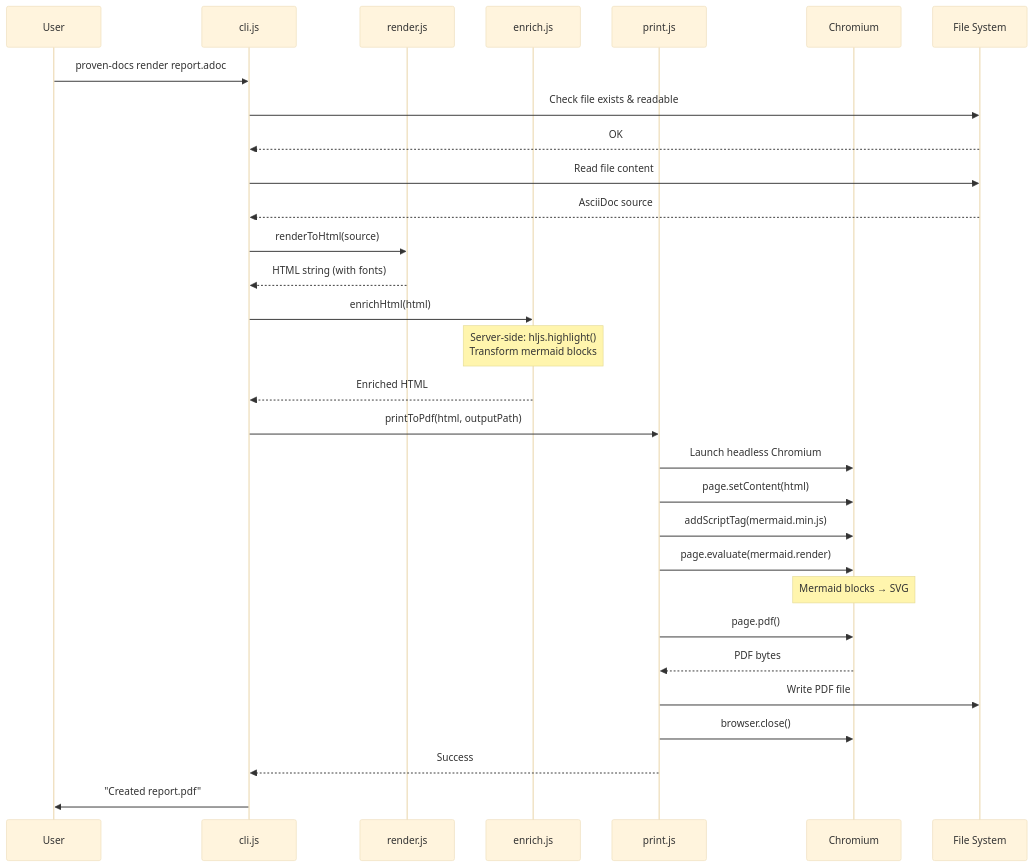
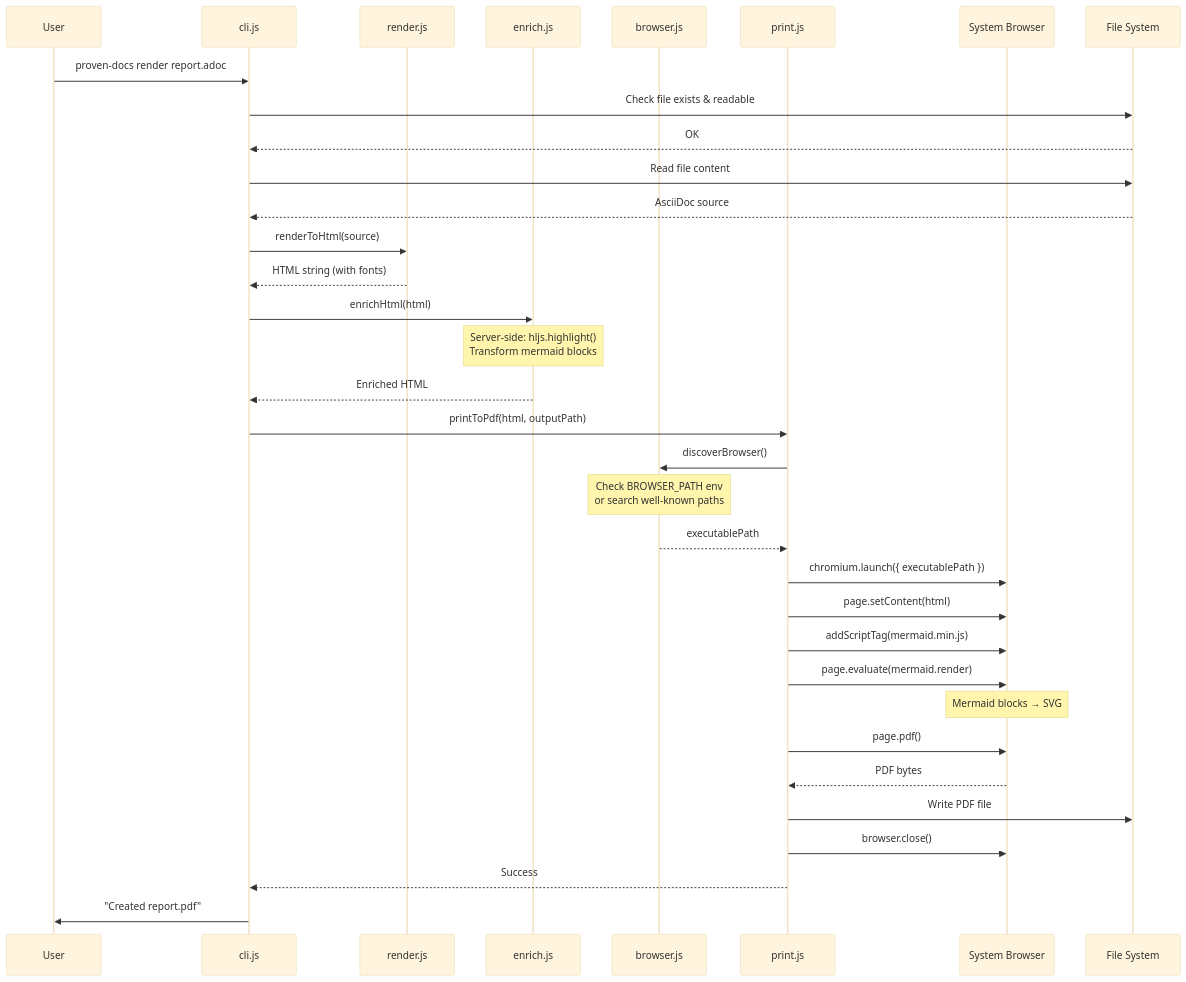
Before and after one commit to provenimpact/proven-docs: the second of 3 diagrams in docs/features/adoc-to-pdf/design.adoc, drawn with Mermaid (base theme). The commit also changed other lines of this file and 31 other files, not shown here.

First line of the commit message:
feat: standalone binary distribution and system browser detection (#17)

```diff
--- a/docs/features/adoc-to-pdf/design.adoc
+++ b/docs/features/adoc-to-pdf/design.adoc
@@ -92,34 +97,38 @@
 [source,mermaid]
 ----
 sequenceDiagram
     participant User
     participant CLI as cli.js
     participant Render as render.js
     participant Enrich as enrich.js
+    participant Discover as browser.js
     participant Print as print.js
-    participant Browser as Chromium
+    participant Browser as System Browser
     participant FS as File System
 
     User->>CLI: proven-docs render report.adoc
     CLI->>FS: Check file exists & readable
     FS-->>CLI: OK
     CLI->>FS: Read file content
     FS-->>CLI: AsciiDoc source
     CLI->>Render: renderToHtml(source)
     Render-->>CLI: HTML string (with fonts)
     CLI->>Enrich: enrichHtml(html)
     Note over Enrich: Server-side: hljs.highlight()<br/>Transform mermaid blocks
     Enrich-->>CLI: Enriched HTML
     CLI->>Print: printToPdf(html, outputPath)
-    Print->>Browser: Launch headless Chromium
+    Print->>Discover: discoverBrowser()
+    Note over Discover: Check BROWSER_PATH env<br/>or search well-known paths
+    Discover-->>Print: executablePath
+    Print->>Browser: chromium.launch({ executablePath })
     Print->>Browser: page.setContent(html)
     Print->>Browser: addScriptTag(mermaid.min.js)
     Print->>Browser: page.evaluate(mermaid.render)
     Note over Browser: Mermaid blocks → SVG
     Print->>Browser: page.pdf()
     Browser-->>Print: PDF bytes
     Print->>FS: Write PDF file
     Print->>Browser: browser.close()
     Print-->>CLI: Success
     CLI->>User: "Created report.pdf"
 ----
```
